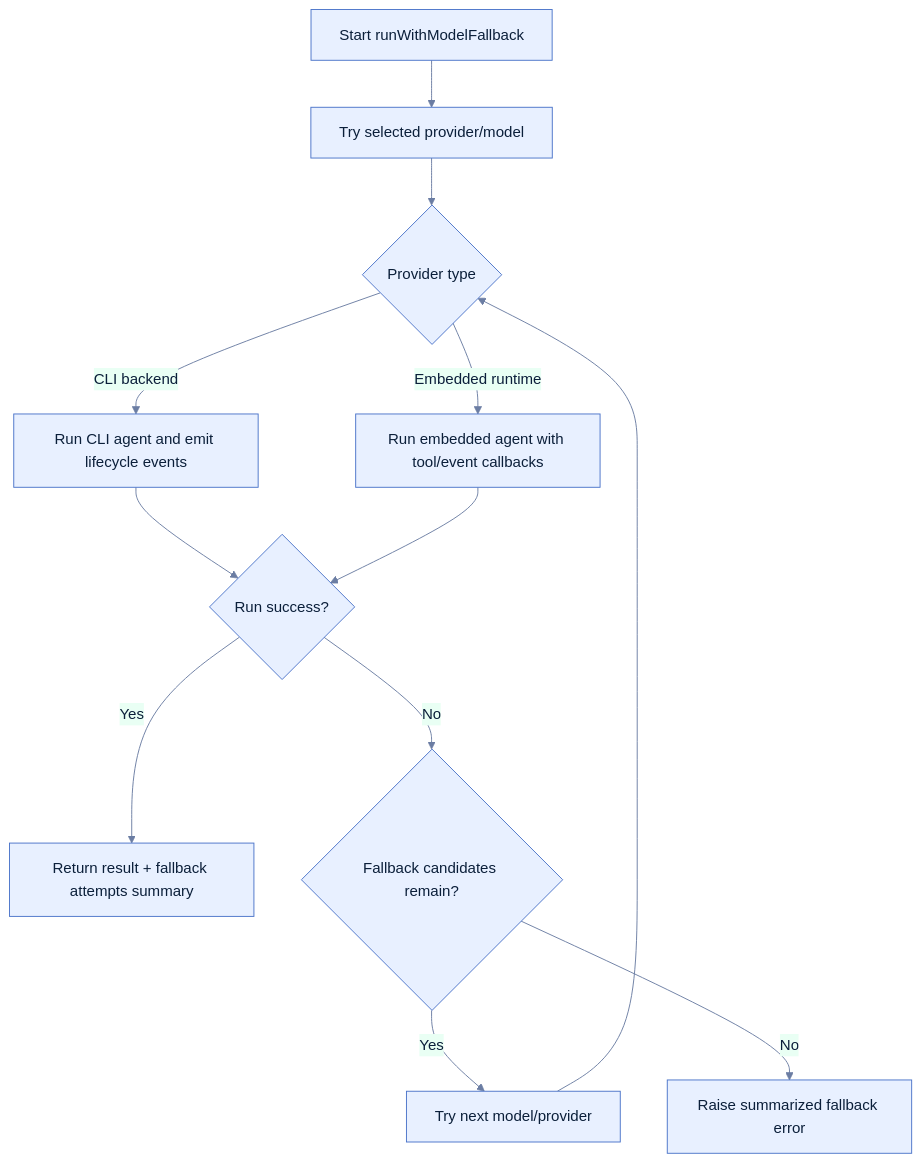
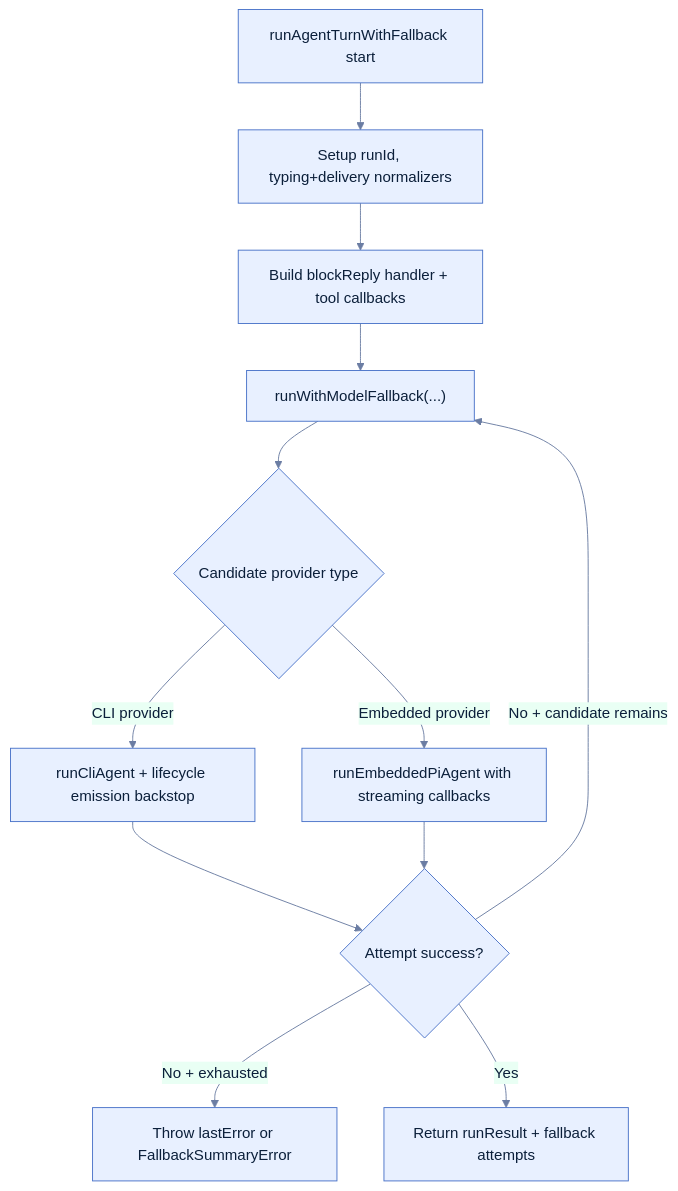
The third of 6 diagrams in docs/architecture/agent-loop-runtime.md (louisdevzz/foxfang), drawn with Mermaid before and after one commit. The commit also changed other lines of this file and 54 other files, not shown here.

````diff
--- a/docs/architecture/agent-loop-runtime.md
+++ b/docs/architecture/agent-loop-runtime.md
@@ -55,15 +75,15 @@
 ```mermaid
 %%{init: {'theme':'base','themeVariables': {'primaryColor':'#E8F0FF','primaryTextColor':'#0B1F3A','primaryBorderColor':'#4B74C9','lineColor':'#6B7DA3','secondaryColor':'#E9FFF4','tertiaryColor':'#FFF4E6','fontFamily':'Inter, system-ui, sans-serif'}}}%%
 flowchart TD
-    F0["Start runWithModelFallback"] --> F1["Try selected provider/model"]
-    F1 --> F2{"Provider type"}
-    F2 -- "CLI backend" --> F3["Run CLI agent and emit lifecycle events"]
-    F2 -- "Embedded runtime" --> F4["Run embedded agent with tool/event callbacks"]
-    F3 --> F5{"Run success?"}
-    F4 --> F5
-    F5 -- "Yes" --> F6["Return result + fallback attempts summary"]
-    F5 -- "No" --> F7{"Fallback candidates remain?"}
-    F7 -- "Yes" --> F8["Try next model/provider"]
-    F8 --> F2
-    F7 -- "No" --> F9["Raise summarized fallback error"]
+    F0["runAgentTurnWithFallback start"] --> F1["Setup runId, typing+delivery normalizers"]
+    F1 --> F2["Build blockReply handler + tool callbacks"]
+    F2 --> F3["runWithModelFallback(...)"]
+    F3 --> F4{"Candidate provider type"}
+    F4 -- "CLI provider" --> F5["runCliAgent + lifecycle emission backstop"]
+    F4 -- "Embedded provider" --> F6["runEmbeddedPiAgent with streaming callbacks"]
+    F5 --> F7{"Attempt success?"}
+    F6 --> F7
+    F7 -- "No + candidate remains" --> F3
+    F7 -- "No + exhausted" --> F8["Throw lastError or FallbackSummaryError"]
+    F7 -- "Yes" --> F9["Return runResult + fallback attempts"]
 ```
````
